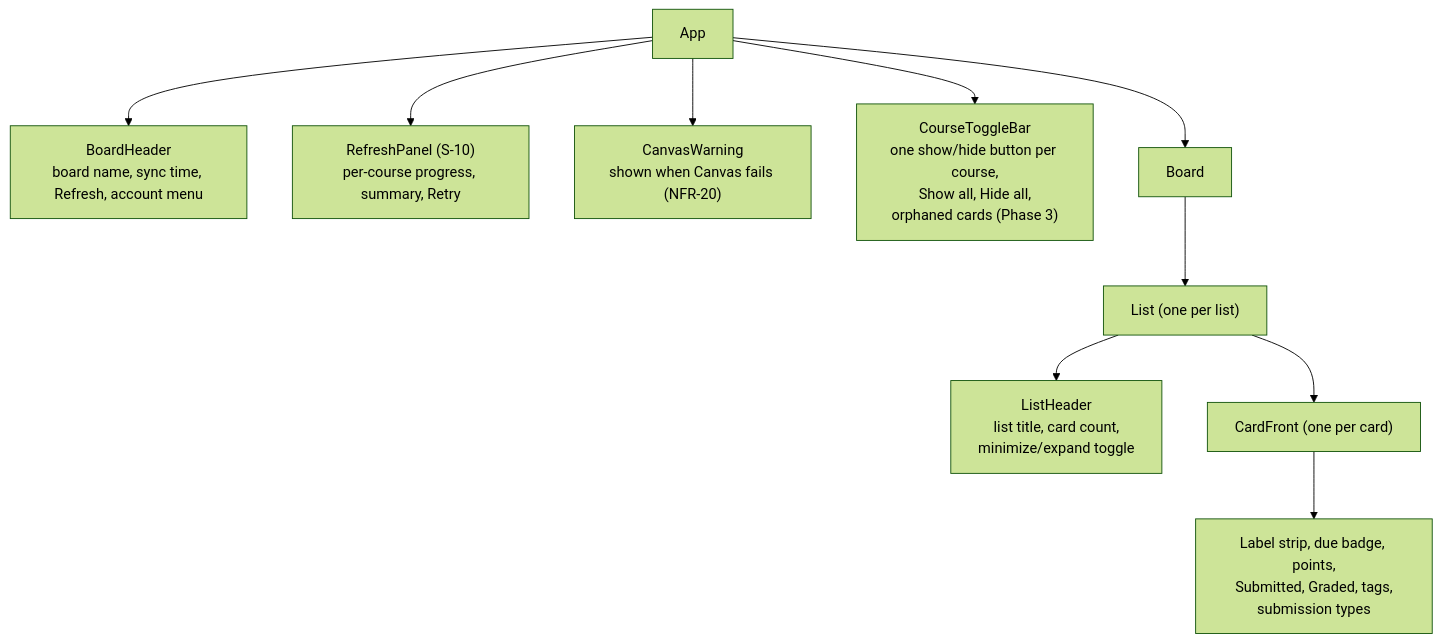
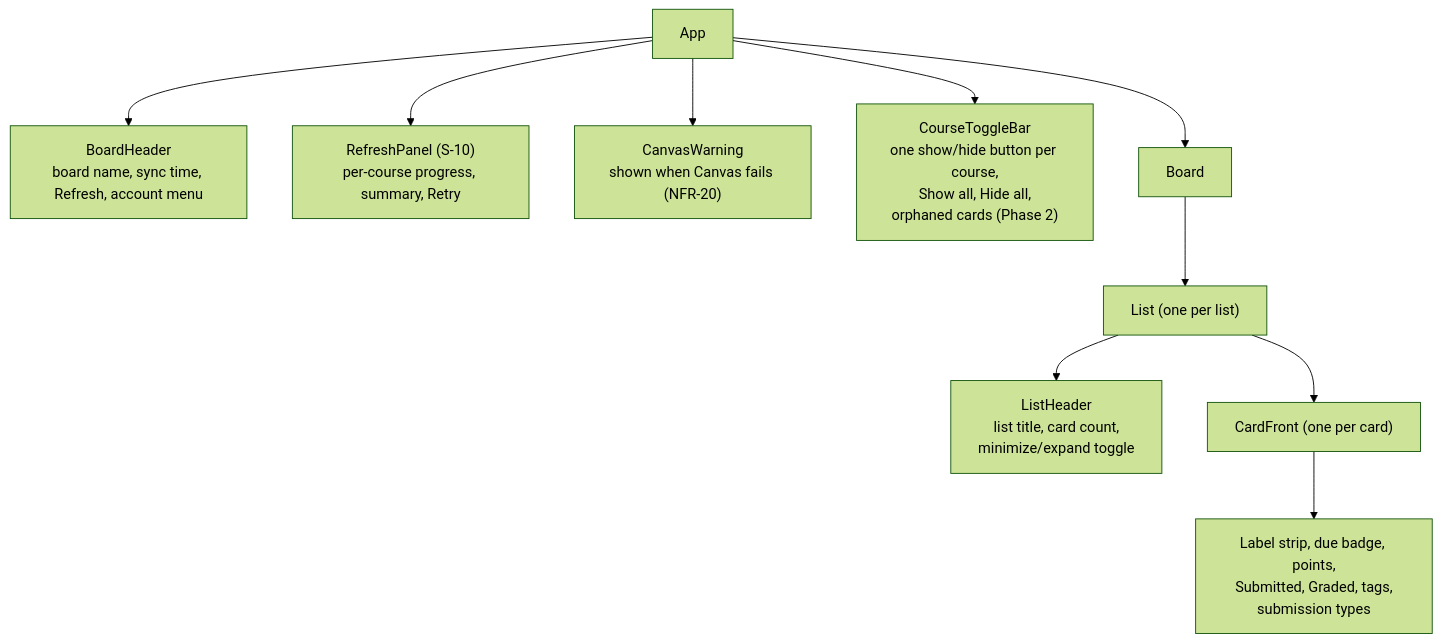
Before and after one commit to bbranton/TestProj: the sixth of 6 diagrams in docs/canvas-portal/03-design.md, drawn with Mermaid (forest theme). The commit also changed other lines of this file, not shown here.

First line of the commit message:
Design: orphaned cards in Phase 2, snapshot kept from Phase 1

````diff
--- a/docs/canvas-portal/03-design.md
+++ b/docs/canvas-portal/03-design.md
@@ -673,12 +680,12 @@
 ```mermaid
 flowchart TD
     App --> Header["BoardHeader<br/>board name, sync time, Refresh, account menu"]
     App --> Progress["RefreshPanel (S-10)<br/>per-course progress, summary, Retry"]
     App --> Banner["CanvasWarning<br/>shown when Canvas fails (NFR-20)"]
-    App --> Toggles["CourseToggleBar<br/>one show/hide button per course,<br/>Show all, Hide all,<br/>orphaned cards (Phase 3)"]
+    App --> Toggles["CourseToggleBar<br/>one show/hide button per course,<br/>Show all, Hide all,<br/>orphaned cards (Phase 2)"]
     App --> Board
     Board --> List["List (one per list)"]
     List --> ListHeader["ListHeader<br/>list title, card count,<br/>minimize/expand toggle"]
     List --> Card["CardFront (one per card)"]
     Card --> Badges["Label strip, due badge, points,<br/>Submitted, Graded, tags,<br/>submission types"]
 ```
````
